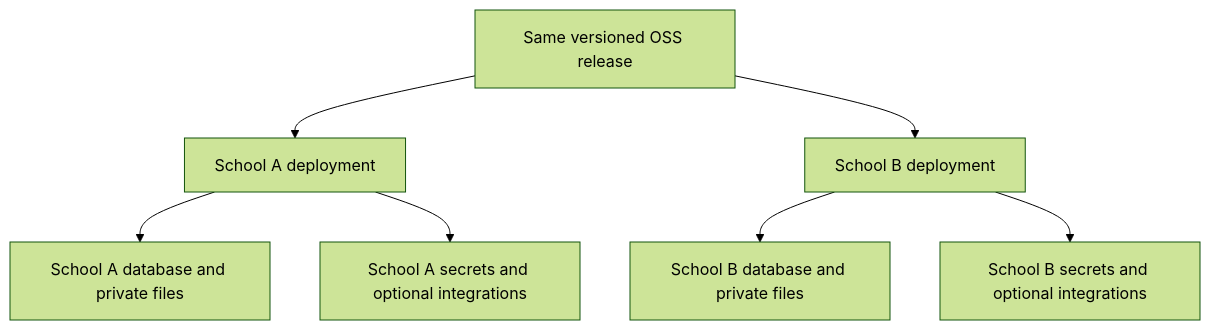
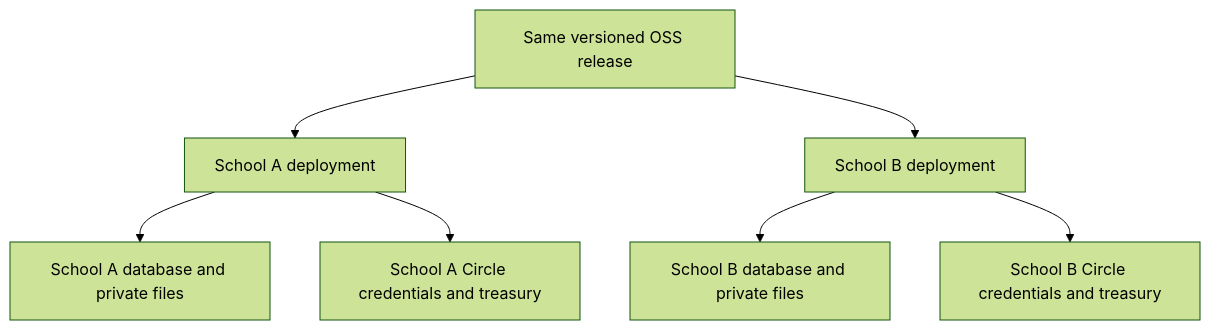
One commit to exurb3r/EduFlow changed the third of 4 diagrams in PLAN.md. Above: the diagram before and after it, drawn with Mermaid (forest theme). The commit also changed other lines of this file, not shown here.

Commit message:
docs(plan): align institution financial agent with Circle Agent Stack and Arc USDC as primary rails

````diff
--- a/PLAN.md
+++ b/PLAN.md
@@ -598,9 +616,9 @@
 ```mermaid
 graph TD
     R[Same versioned OSS release] --> A[School A deployment]
     R --> B[School B deployment]
     A --> AD[School A database and private files]
-    A --> AC[School A secrets and optional integrations]
+    A --> AC[School A Circle credentials and treasury]
     B --> BD[School B database and private files]
-    B --> BC[School B secrets and optional integrations]
+    B --> BC[School B Circle credentials and treasury]
 ```
````
